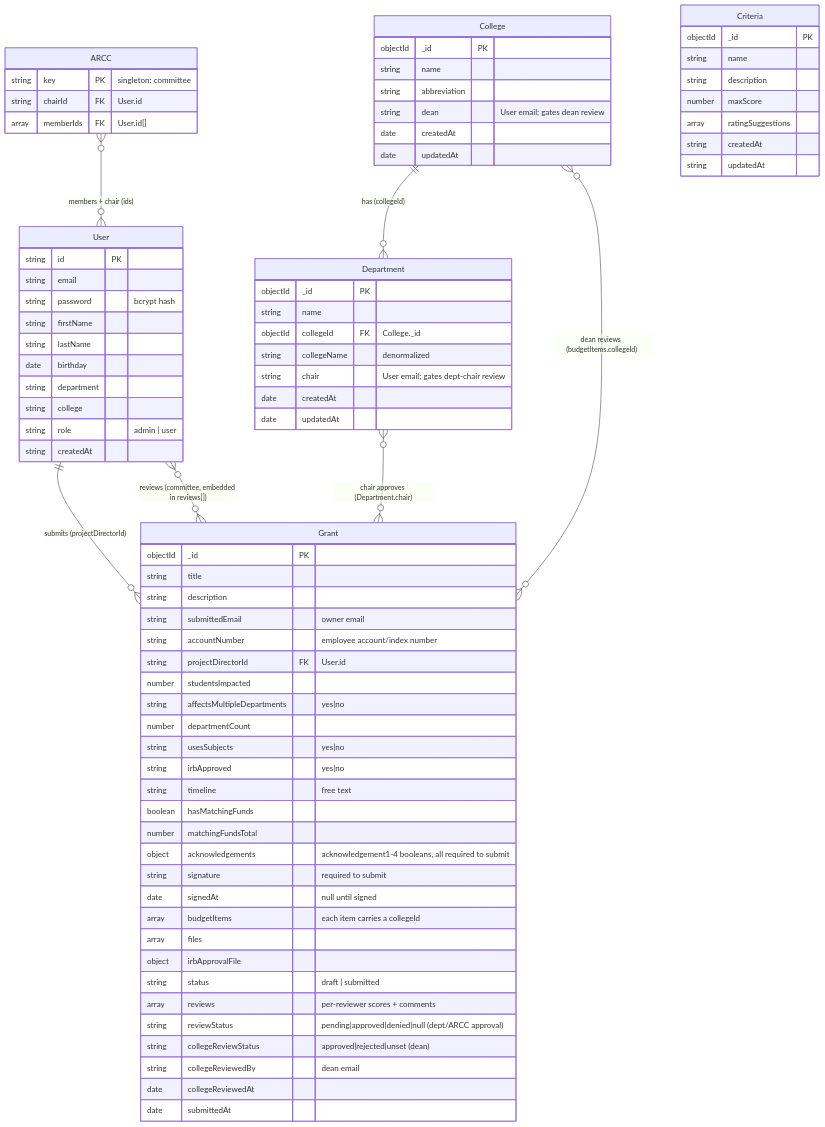
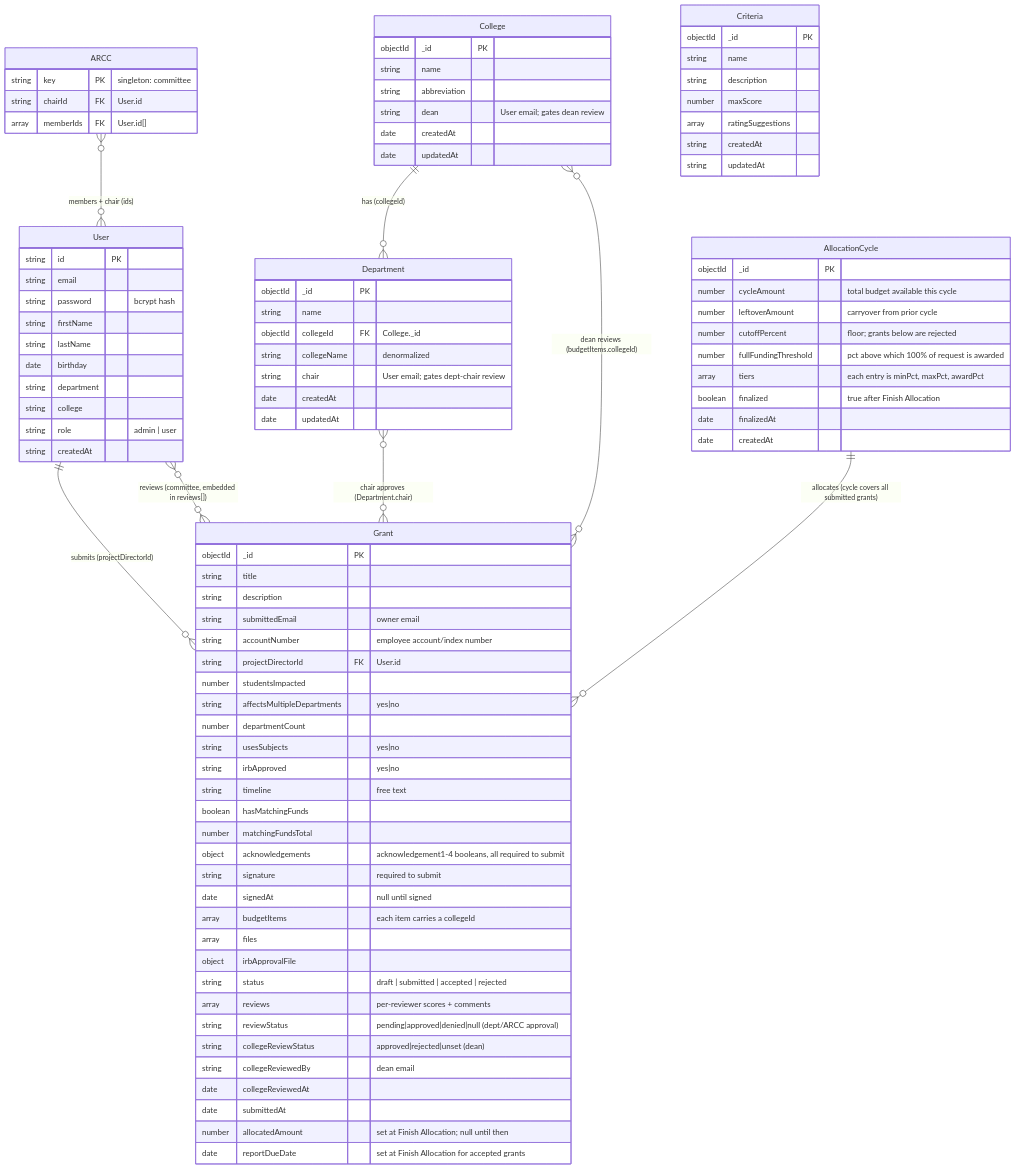
Before and after one commit to jayantiacharya/grant-management-system: the diagram in docs/data-model.md, drawn with Mermaid. The commit also changed other lines of this file and 1 other file, not shown here.

First line of the commit message:
docs: add ER diagram updates, use case diagram, and allocation scenarios

````diff
--- a/docs/data-model.md
+++ b/docs/data-model.md
@@ -12,6 +12,7 @@
     Department }o--o{ Grant : "chair approves (Department.chair)"
     College }o--o{ Grant : "dean reviews (budgetItems.collegeId)"
     ARCC }o--o{ User : "members + chair (ids)"
+    AllocationCycle ||--o{ Grant : "allocates (cycle covers all submitted grants)"
 
     User {
         string id PK
@@ -47,13 +48,15 @@
         array budgetItems "each item carries a collegeId"
         array files
         object irbApprovalFile
-        string status "draft | submitted"
+        string status "draft | submitted | accepted | rejected"
         array reviews "per-reviewer scores + comments"
         string reviewStatus "pending|approved|denied|null (dept/ARCC approval)"
         string collegeReviewStatus "approved|rejected|unset (dean)"
         string collegeReviewedBy "dean email"
         date collegeReviewedAt
         date submittedAt
+        number allocatedAmount "set at Finish Allocation; null until then"
+        date reportDueDate "set at Finish Allocation for accepted grants"
     }
 
     College {
@@ -90,4 +93,16 @@
         string chairId FK "User.id"
         array memberIds FK "User.id[]"
     }
+
+    AllocationCycle {
+        objectId _id PK
+        number cycleAmount "total budget available this cycle"
+        number leftoverAmount "carryover from prior cycle"
+        number cutoffPercent "floor; grants below are rejected"
+        number fullFundingThreshold "pct above which 100% of request is awarded"
+        array tiers "each entry is minPct, maxPct, awardPct"
+        boolean finalized "true after Finish Allocation"
+        date finalizedAt
+        date createdAt
+    }
 ```
````
